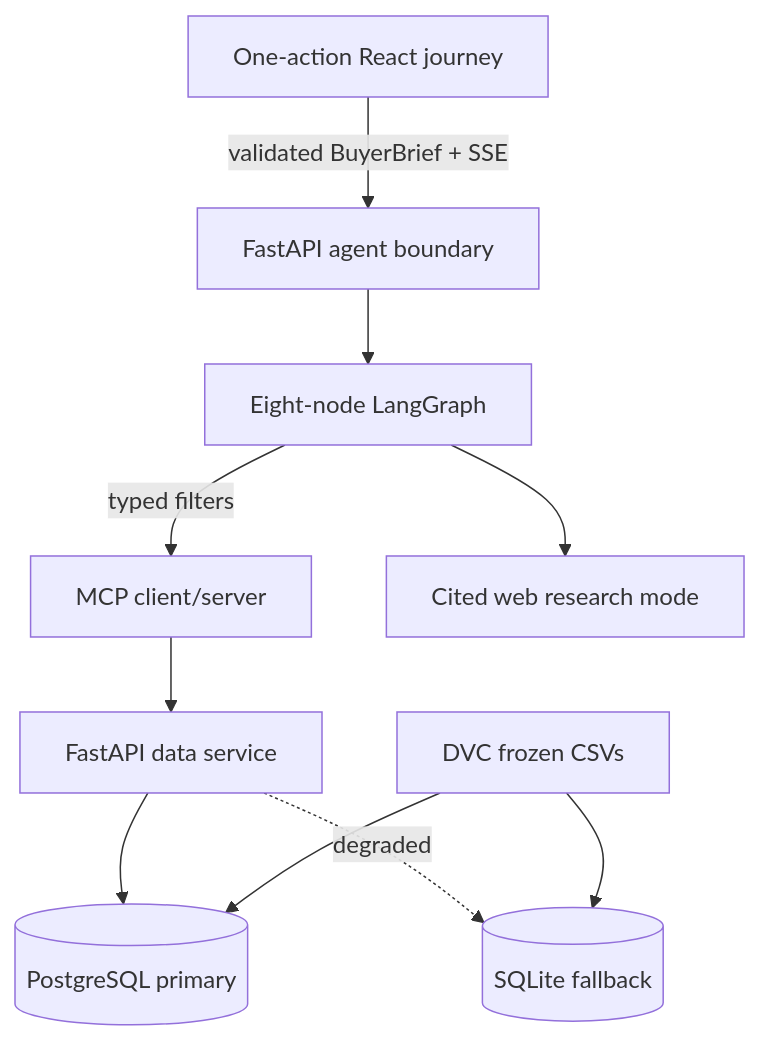
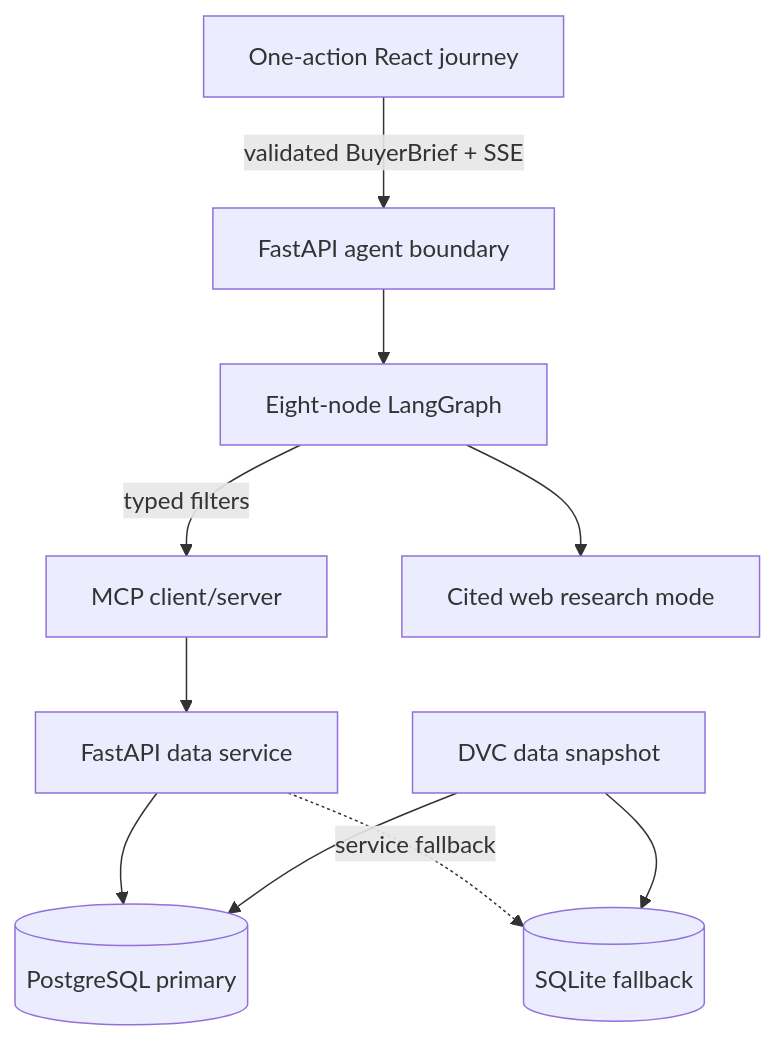
Before and after one commit to SherifGamal9441/Agentic-Property: the diagram in docs/architecture.md, drawn with Mermaid. The commit also changed other lines of this file and 35 other files, not shown here.

````diff
--- a/docs/architecture.md
+++ b/docs/architecture.md
@@ -7,12 +7,12 @@
 ```mermaid
 flowchart TD
   UI["One-action React journey"] -->|"validated BuyerBrief + SSE"| API["FastAPI agent boundary"]
   API --> LG["Eight-node LangGraph"]
   LG -->|"typed filters"| MCP["MCP client/server"]
   MCP --> DS["FastAPI data service"]
   DS --> PG[("PostgreSQL primary")]
-  DS -. degraded .-> SQ[("SQLite fallback")]
-  DVC["DVC frozen CSVs"] --> PG
+  DS -. service fallback .-> SQ[("SQLite fallback")]
+  DVC["DVC data snapshot"] --> PG
   DVC --> SQ
   LG --> WEB["Cited web research mode"]
 ```
````
